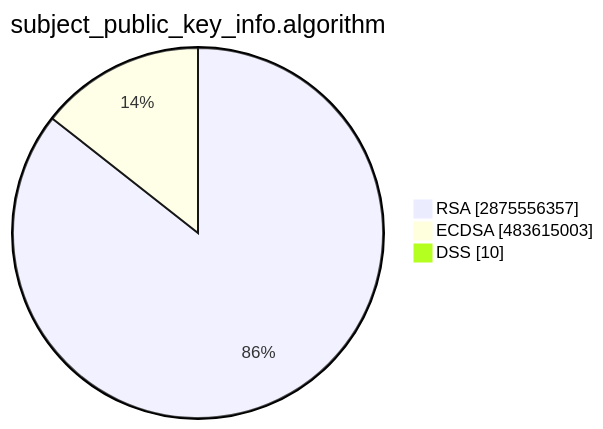
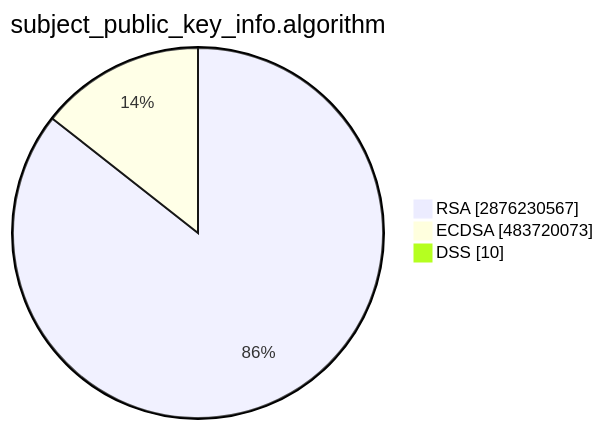
The second of 15 diagrams in TOTAL/README.md (christiankrug/ctmonitor_visualization), drawn with Mermaid before and after one commit. The commit also changed other lines of this file, not shown here.

````diff
--- a/TOTAL/README.md
+++ b/TOTAL/README.md
@@ -6,7 +6,7 @@
 ```mermaid
 pie showData
 title subject_public_key_info.algorithm
-"RSA" :2875556357
-"ECDSA" :483615003
+"RSA" :2876230567
+"ECDSA" :483720073
 "DSS" :10
 ```
````
